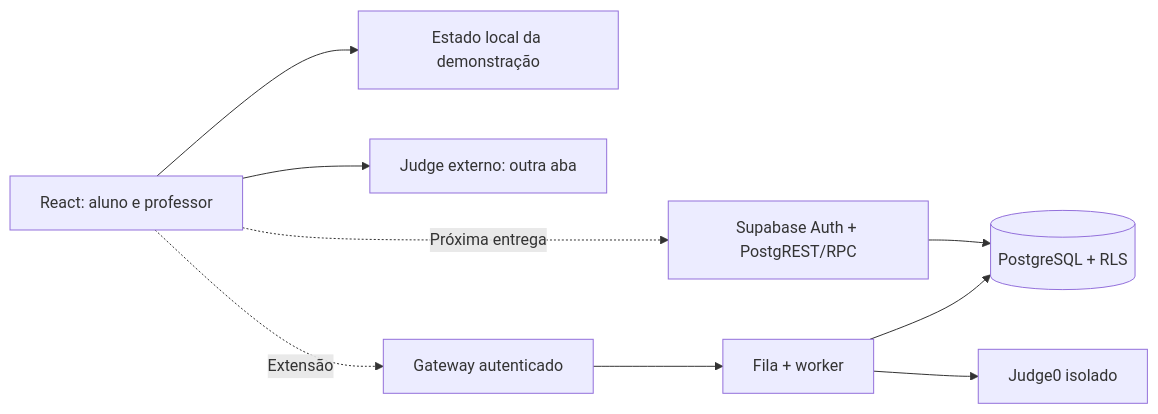
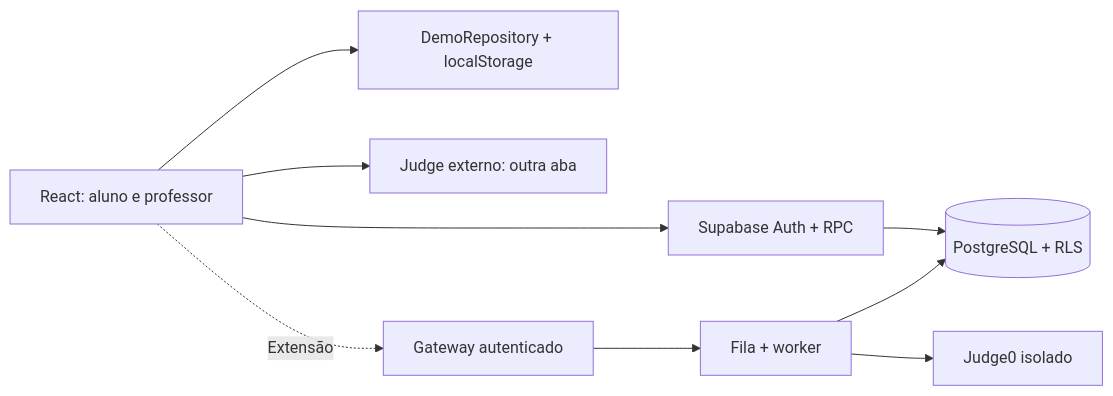
One commit to MarcusCSPereira/ClassCode changed the first of 2 diagrams in docs/ARQUITETURA.md. Above: the diagram before and after it, drawn with Mermaid. The commit also changed other lines of this file and 4 other files, not shown here.

````diff
--- a/docs/ARQUITETURA.md
+++ b/docs/ARQUITETURA.md
@@ -9,11 +9,11 @@
 ```mermaid
 flowchart LR
-  A[React: aluno e professor] --> D[Estado local da demonstração]
-  A -. Próxima entrega .-> S[Supabase Auth + PostgREST/RPC]
+  A[React: aluno e professor] --> D[DemoRepository + localStorage]
+  A --> S[Supabase Auth + RPC]
   S --> P[(PostgreSQL + RLS)]
   A --> E[Judge externo: outra aba]
   A -. Extensão .-> G[Gateway autenticado]
   G --> Q[Fila + worker]
   Q --> J[Judge0 isolado]
   Q --> P
 ```
````
